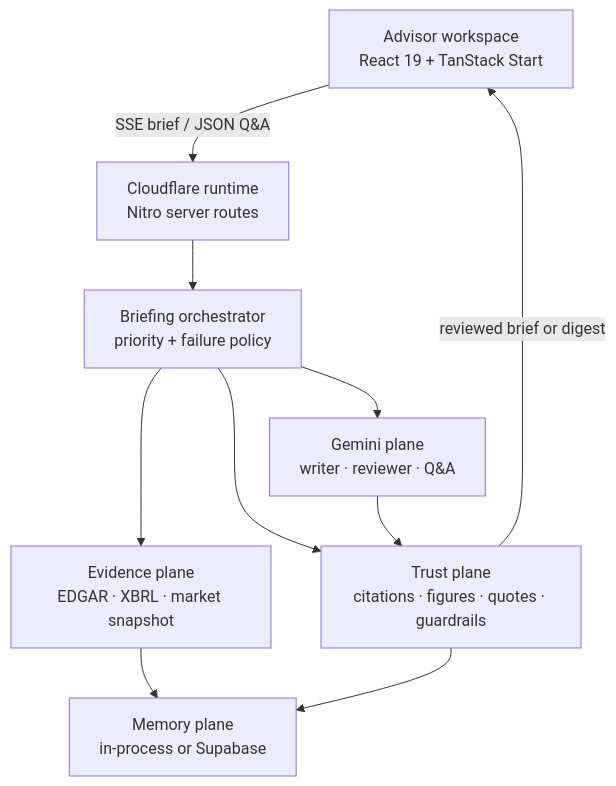
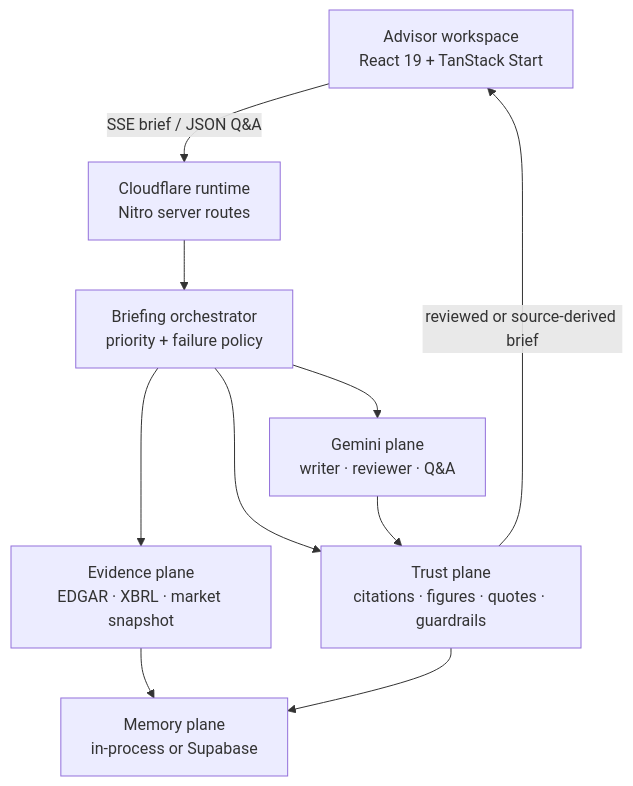
The first of 4 diagrams in README.md (iamestime/ai-prototype-advisor-brief), drawn with Mermaid before and after one commit. The commit also changed other lines of this file and 3 other files, not shown here.

````diff
--- a/README.md
+++ b/README.md
@@ -36,14 +54,14 @@
 ```mermaid
 flowchart TD
     UI["Advisor workspace<br/>React 19 + TanStack Start"] -->|"SSE brief / JSON Q&A"| EDGE["Cloudflare runtime<br/>Nitro server routes"]
     EDGE --> ORCH["Briefing orchestrator<br/>priority + failure policy"]
 
     ORCH --> DATA["Evidence plane<br/>EDGAR · XBRL · market snapshot"]
     ORCH --> MODELS["Gemini plane<br/>writer · reviewer · Q&A"]
     ORCH --> CONTROL["Trust plane<br/>citations · figures · quotes · guardrails"]
 
     DATA --> MEMORY["Memory plane<br/>in-process or Supabase"]
     MODELS --> CONTROL
-    CONTROL -->|"reviewed brief or digest"| UI
+    CONTROL -->|"reviewed or source-derived brief"| UI
     CONTROL --> MEMORY
 ```
````
